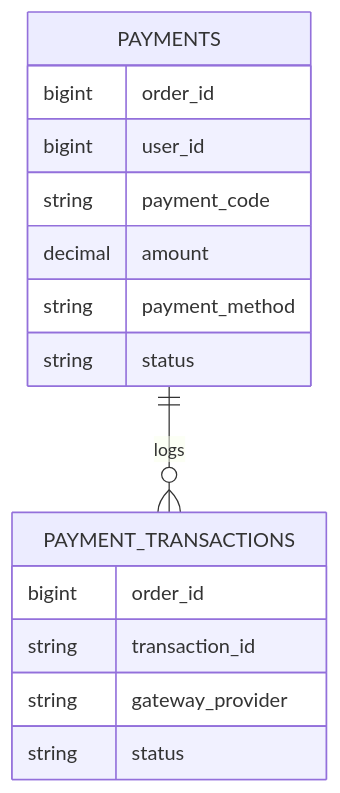
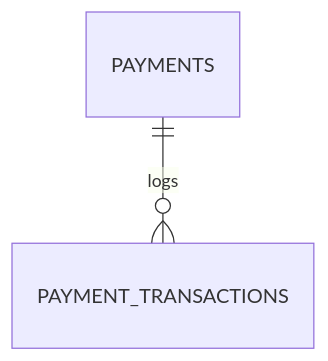
Before and after one commit to chduchai16/order-system: the fourth of 4 diagrams in README.md, drawn with Mermaid. The commit also changed other lines of this file, not shown here.

````diff
--- a/README.md
+++ b/README.md
@@ -198,20 +73,4 @@
 ```mermaid
 erDiagram
     PAYMENTS ||--o{ PAYMENT_TRANSACTIONS : logs
-
-    PAYMENTS {
-        bigint order_id
-        bigint user_id
-        string payment_code
-        decimal amount
-        string payment_method
-        string status
-    }
-
-    PAYMENT_TRANSACTIONS {
-        bigint order_id
-        string transaction_id
-        string gateway_provider
-        string status
-    }
 ```
````
